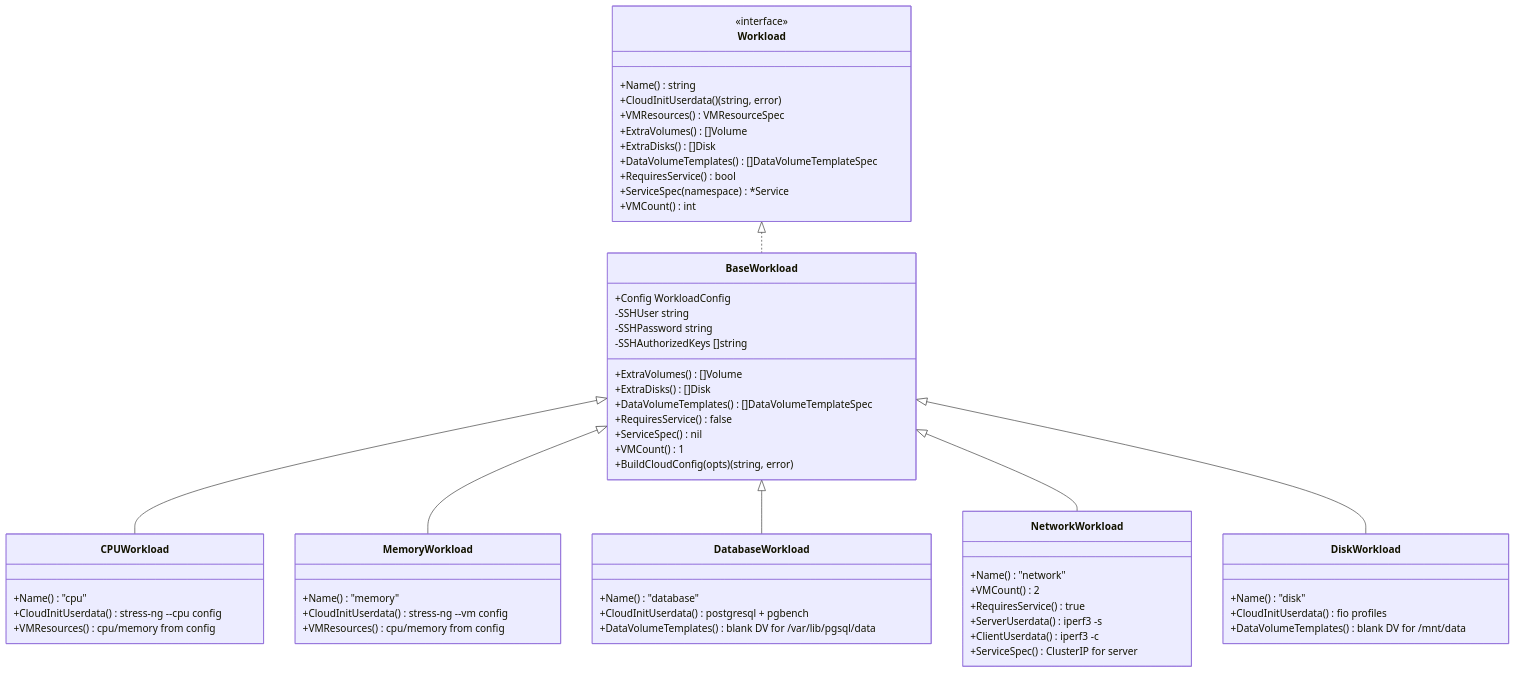
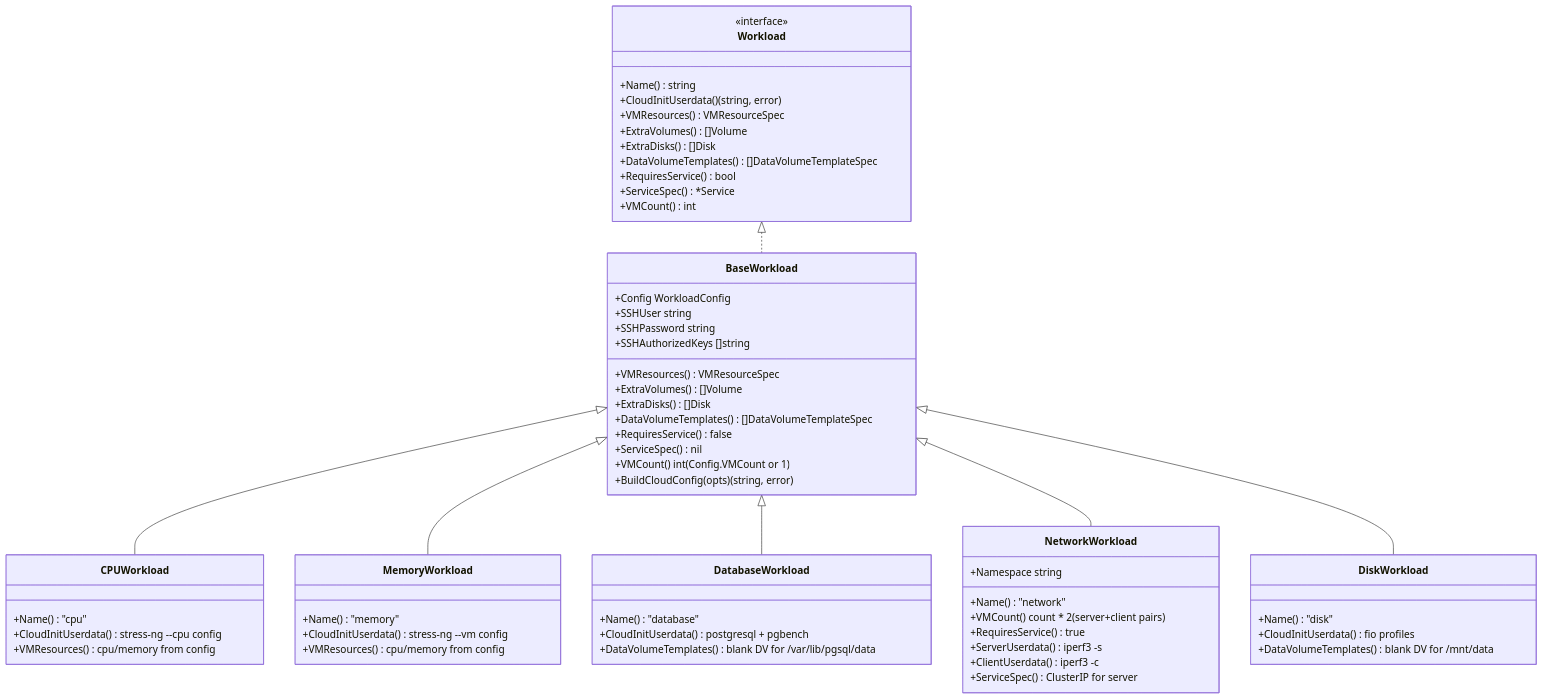
One commit to redhat-openshift-partner-labs/virtwork changed the sixth of 9 diagrams in docs/architecture.md. Above: the diagram before and after it, drawn with Mermaid. The commit also changed other lines of this file and 2 other files, not shown here.

````diff
--- a/docs/architecture.md
+++ b/docs/architecture.md
@@ -205,69 +205,71 @@
 ```mermaid
 classDiagram
     class Workload {
         <<interface>>
         +Name() string
         +CloudInitUserdata() (string, error)
         +VMResources() VMResourceSpec
         +ExtraVolumes() []Volume
         +ExtraDisks() []Disk
         +DataVolumeTemplates() []DataVolumeTemplateSpec
         +RequiresService() bool
-        +ServiceSpec(namespace) *Service
+        +ServiceSpec() *Service
         +VMCount() int
     }
 
     class BaseWorkload {
         +Config WorkloadConfig
-        -SSHUser string
-        -SSHPassword string
-        -SSHAuthorizedKeys []string
+        +SSHUser string
+        +SSHPassword string
+        +SSHAuthorizedKeys []string
+        +VMResources() VMResourceSpec
         +ExtraVolumes() []Volume
         +ExtraDisks() []Disk
         +DataVolumeTemplates() []DataVolumeTemplateSpec
         +RequiresService() false
         +ServiceSpec() nil
-        +VMCount() 1
+        +VMCount() int (Config.VMCount or 1)
         +BuildCloudConfig(opts) (string, error)
     }
 
     class CPUWorkload {
         +Name() "cpu"
         +CloudInitUserdata() stress-ng --cpu config
         +VMResources() cpu/memory from config
     }
 
     class MemoryWorkload {
         +Name() "memory"
         +CloudInitUserdata() stress-ng --vm config
         +VMResources() cpu/memory from config
     }
 
     class DatabaseWorkload {
         +Name() "database"
         +CloudInitUserdata() postgresql + pgbench
         +DataVolumeTemplates() blank DV for /var/lib/pgsql/data
     }
 
     class NetworkWorkload {
+        +Namespace string
         +Name() "network"
-        +VMCount() 2
+        +VMCount() count * 2 (server+client pairs)
         +RequiresService() true
         +ServerUserdata() iperf3 -s
         +ClientUserdata() iperf3 -c
         +ServiceSpec() ClusterIP for server
     }
 
     class DiskWorkload {
         +Name() "disk"
         +CloudInitUserdata() fio profiles
         +DataVolumeTemplates() blank DV for /mnt/data
     }
 
     Workload <|.. BaseWorkload
     BaseWorkload <|-- CPUWorkload
     BaseWorkload <|-- MemoryWorkload
     BaseWorkload <|-- DatabaseWorkload
     BaseWorkload <|-- NetworkWorkload
     BaseWorkload <|-- DiskWorkload
 ```
````
